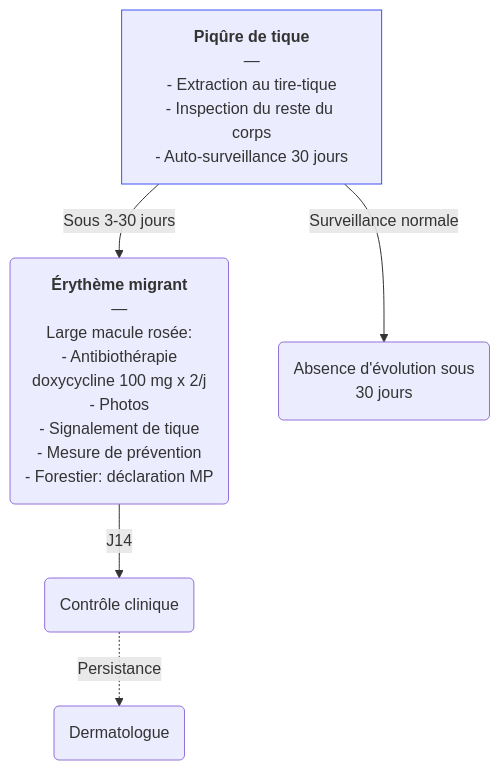
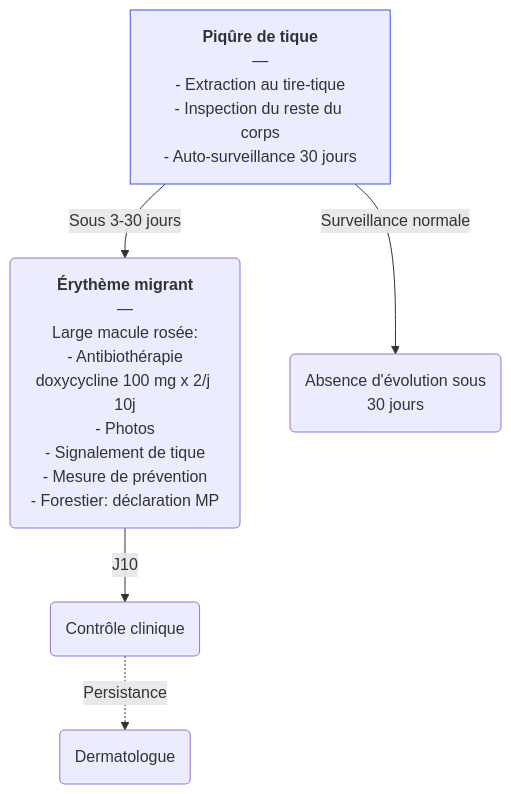
The diagram in content/recommandations/maladie-lyme.md (djibe/recommandations-medicales), drawn with Mermaid before and after one commit. The commit also changed other lines of this file and 10 other files, not shown here.

```diff
--- a/content/recommandations/maladie-lyme.md
+++ b/content/recommandations/maladie-lyme.md
@@ -303,6 +306,6 @@
 {{< mermaid title="Prise en charge de l'érythème migrant par le médecin généraliste. Dr JB Fron d'après HAS et SFR" >}}
 graph TB
-  suspicion["<b>Piqûre de tique</b><br>—<br>- Extraction au tire-tique<br>- Inspection du reste du corps<br>- Auto-surveillance 30 jours"] -- "Sous 3-30 jours" --> érythème("<b>Érythème migrant</b><br>—<br>Large macule rosée:<br>- Antibiothérapie<br>doxycycline 100 mg x 2/j<br>- Photos<br>- Signalement de tique<br>- Mesure de prévention<br>- Forestier: déclaration MP") -- J14 --> contrôle(Contrôle clinique) -. Persistance .-> dermatologue(Dermatologue)
+  suspicion["<b>Piqûre de tique</b><br>—<br>- Extraction au tire-tique<br>- Inspection du reste du corps<br>- Auto-surveillance 30 jours"] -- "Sous 3-30 jours" --> érythème("<b>Érythème migrant</b><br>—<br>Large macule rosée:<br>- Antibiothérapie<br>doxycycline 100 mg x 2/j 10j<br>- Photos<br>- Signalement de tique<br>- Mesure de prévention<br>- Forestier: déclaration MP") -- J10 --> contrôle(Contrôle clinique) -. Persistance .-> dermatologue(Dermatologue)
     suspicion -- Surveillance normale --> rien("Absence d'évolution sous<br>30 jours")
   style suspicion stroke:#4150f5, stroke-width:1px
 {{< /mermaid >}}
```
